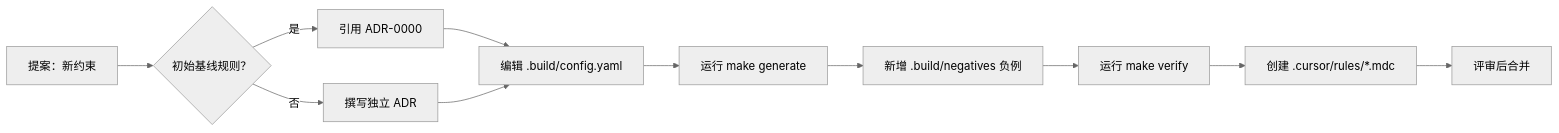
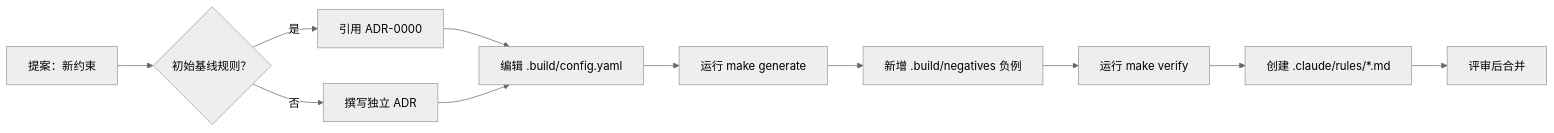
One commit to RacYang/lsp-server changed the diagram in docs/RULE-LIFECYCLE.md. Above: the diagram before and after it, drawn with Mermaid (neutral theme). The commit also changed 3 other files, not shown here.

````diff
--- a/docs/RULE-LIFECYCLE.md
+++ b/docs/RULE-LIFECYCLE.md
@@ -7,13 +7,13 @@
 ```mermaid
 flowchart LR
     idea["提案：新约束"] --> charterCheck{"初始基线规则？"}
     charterCheck -->|"是"| charter["引用 ADR-0000"]
     charterCheck -->|"否"| adr["撰写独立 ADR"]
     charter --> sot["编辑 .build/config.yaml"]
     adr --> sot
     sot --> gen["运行 make generate"]
     gen --> neg["新增 .build/negatives 负例"]
     neg --> verify["运行 make verify"]
-    verify --> rule["创建 .cursor/rules/*.mdc"]
+    verify --> rule["创建 .claude/rules/*.md"]
     rule --> merge["评审后合并"]
 ```
````
